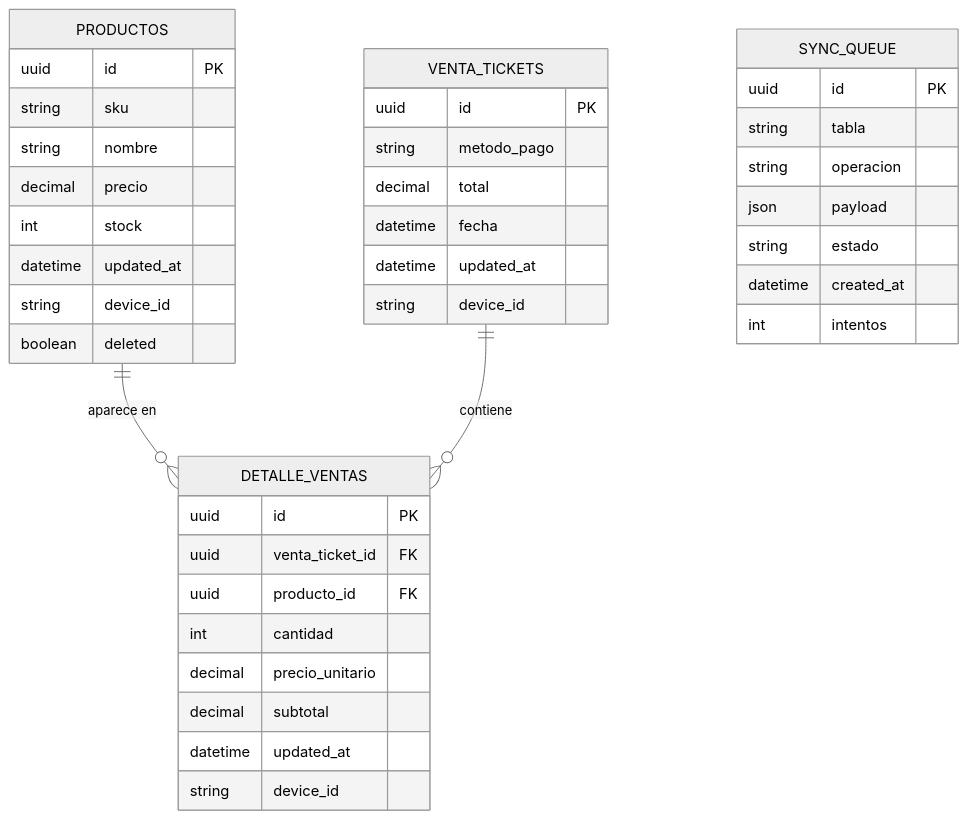
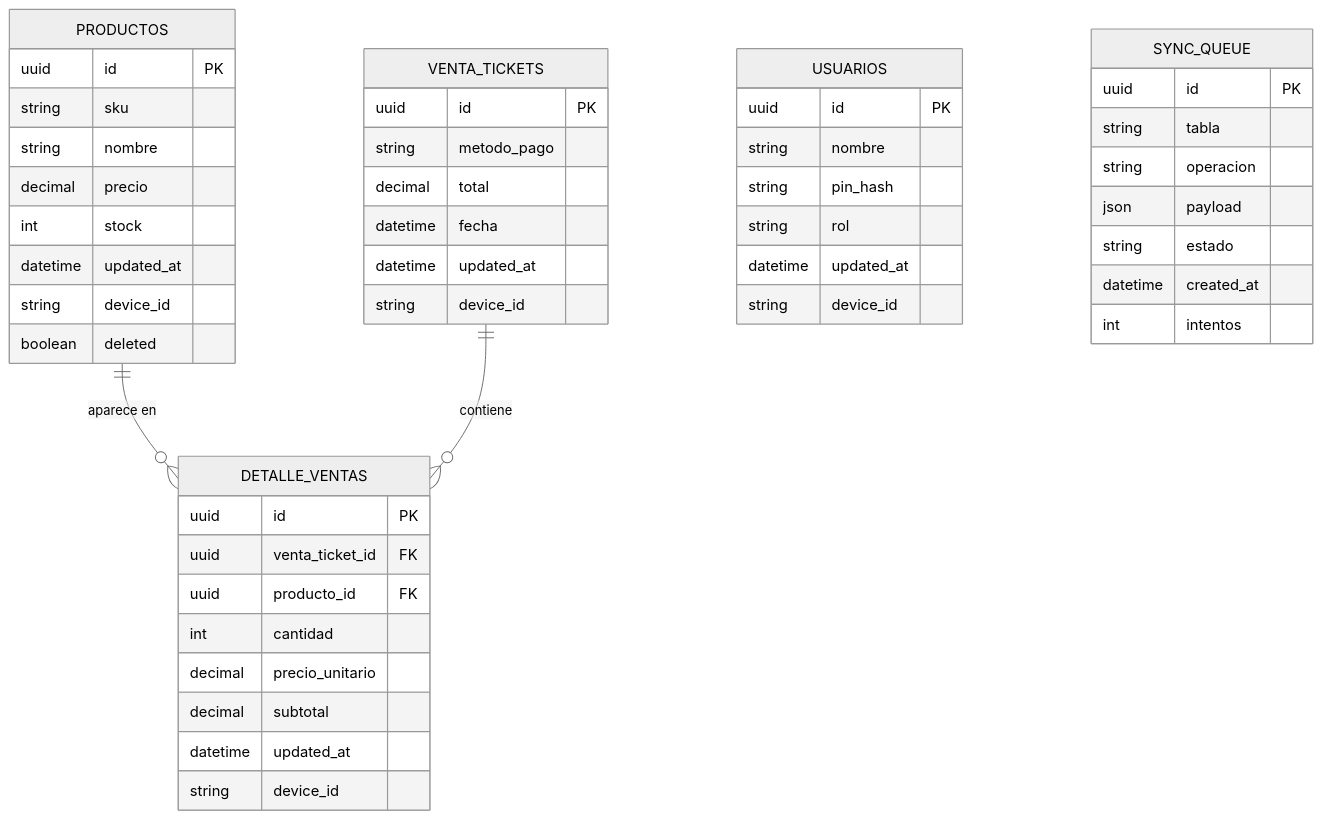
The second of 7 diagrams in docs/arquitectura.md (alexandrafs5/StockBridge), drawn with Mermaid (neutral theme) before and after one commit. The commit also changed other lines of this file and 1 other file, not shown here.

````diff
--- a/docs/arquitectura.md
+++ b/docs/arquitectura.md
@@ -104,43 +122,51 @@
 ```mermaid
 erDiagram
     PRODUCTOS ||--o{ DETALLE_VENTAS : "aparece en"
     VENTA_TICKETS ||--o{ DETALLE_VENTAS : "contiene"
 
     PRODUCTOS {
         uuid id PK
         string sku
         string nombre
         decimal precio
         int stock
         datetime updated_at
         string device_id
         boolean deleted
     }
     VENTA_TICKETS {
         uuid id PK
         string metodo_pago
         decimal total
         datetime fecha
         datetime updated_at
         string device_id
     }
     DETALLE_VENTAS {
         uuid id PK
         uuid venta_ticket_id FK
         uuid producto_id FK
         int cantidad
         decimal precio_unitario
         decimal subtotal
         datetime updated_at
         string device_id
     }
+    USUARIOS {
+        uuid id PK
+        string nombre
+        string pin_hash
+        string rol
+        datetime updated_at
+        string device_id
+    }
     SYNC_QUEUE {
         uuid id PK
         string tabla
         string operacion
         json payload
         string estado
         datetime created_at
         int intentos
     }
 ```
````
